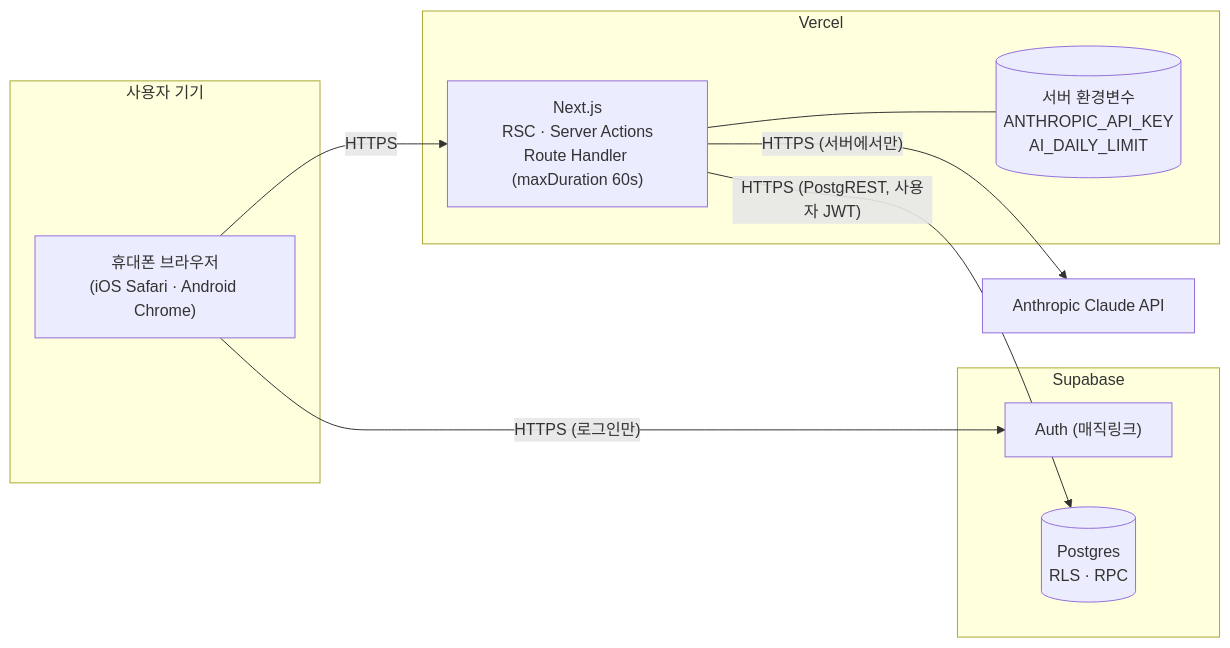
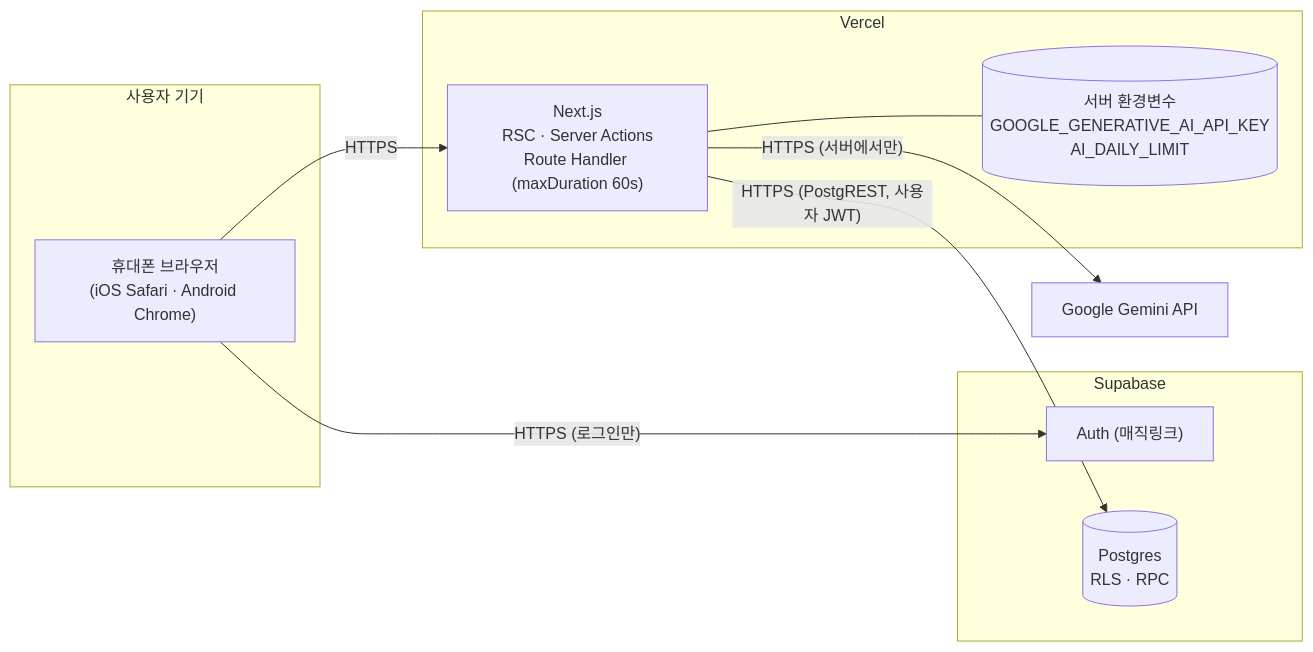
The tenth of 12 diagrams in docs/06_ARCHITECTURE.md (semicolon213/infood), drawn with Mermaid before and after one commit. The commit also changed other lines of this file and 10 other files, not shown here.

````diff
--- a/docs/06_ARCHITECTURE.md
+++ b/docs/06_ARCHITECTURE.md
@@ -813,21 +827,21 @@
 ```mermaid
 flowchart LR
     subgraph Client["사용자 기기"]
         BR["휴대폰 브라우저<br/>(iOS Safari · Android Chrome)"]
     end
     subgraph Vercel["Vercel"]
         NX["Next.js<br/>RSC · Server Actions<br/>Route Handler (maxDuration 60s)"]
-        ENV[("서버 환경변수<br/>ANTHROPIC_API_KEY<br/>AI_DAILY_LIMIT")]
+        ENV[("서버 환경변수<br/>GOOGLE_GENERATIVE_AI_API_KEY<br/>AI_DAILY_LIMIT")]
     end
     subgraph Supabase["Supabase"]
         AUTH["Auth (매직링크)"]
         PG[("Postgres<br/>RLS · RPC")]
     end
-    CL["Anthropic Claude API"]
+    CL["Google Gemini API"]
 
     BR -- "HTTPS" --> NX
     BR -- "HTTPS (로그인만)" --> AUTH
     NX -- "HTTPS (PostgREST, 사용자 JWT)" --> PG
     NX -- "HTTPS (서버에서만)" --> CL
     NX --- ENV
 ```
````
